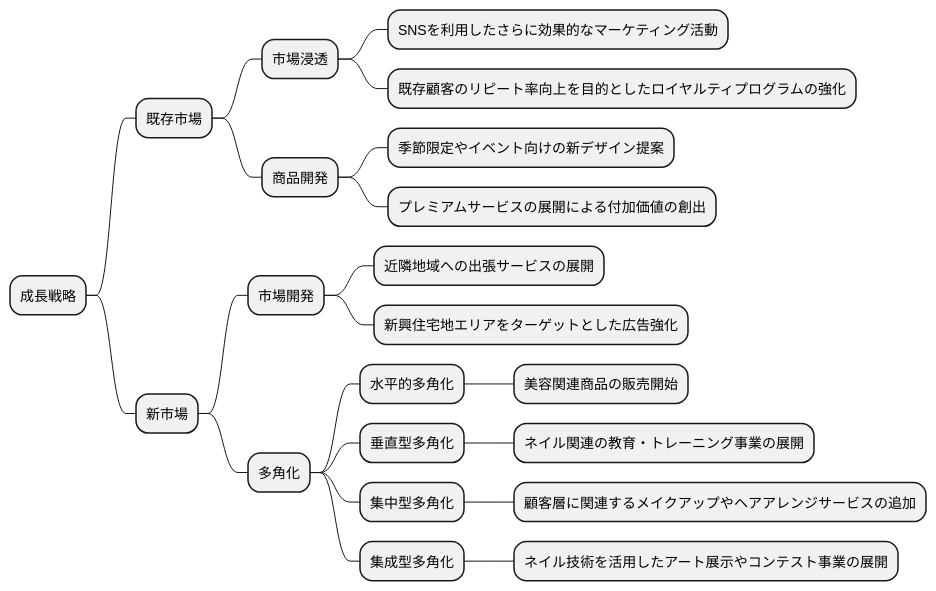
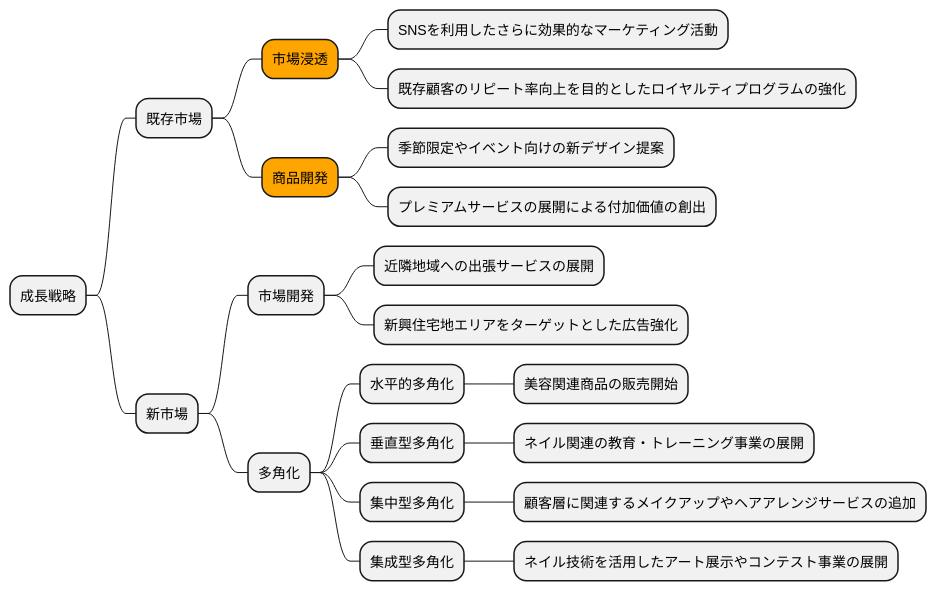
One commit to k2works/case-sutudy-business-analysis changed the sixth of 16 diagrams in docs/case/r01_case_2.adoc. Above: the diagram before and after it, drawn with PlantUML. The commit also changed other lines of this file, not shown here.

```diff
--- a/docs/case/r01_case_2.adoc
+++ b/docs/case/r01_case_2.adoc
@@ -195,28 +195,28 @@
 [plantuml]
 ----
 @startmindmap
 
 * 成長戦略
 ** 既存市場
-*** 市場浸透
+***[#orange] 市場浸透
 **** SNSを利用したさらに効果的なマーケティング活動
 **** 既存顧客のリピート率向上を目的としたロイヤルティプログラムの強化
-*** 商品開発
+***[#orange] 商品開発
 **** 季節限定やイベント向けの新デザイン提案
 **** プレミアムサービスの展開による付加価値の創出
 ** 新市場
 *** 市場開発
 **** 近隣地域への出張サービスの展開
 **** 新興住宅地エリアをターゲットとした広告強化
 *** 多角化
 **** 水平的多角化
 ***** 美容関連商品の販売開始
 **** 垂直型多角化
 ***** ネイル関連の教育・トレーニング事業の展開
 **** 集中型多角化
 ***** 顧客層に関連するメイクアップやヘアアレンジサービスの追加
 **** 集成型多角化
 ***** ネイル技術を活用したアート展示やコンテスト事業の展開
 
 @endmindmap
 ----
```
